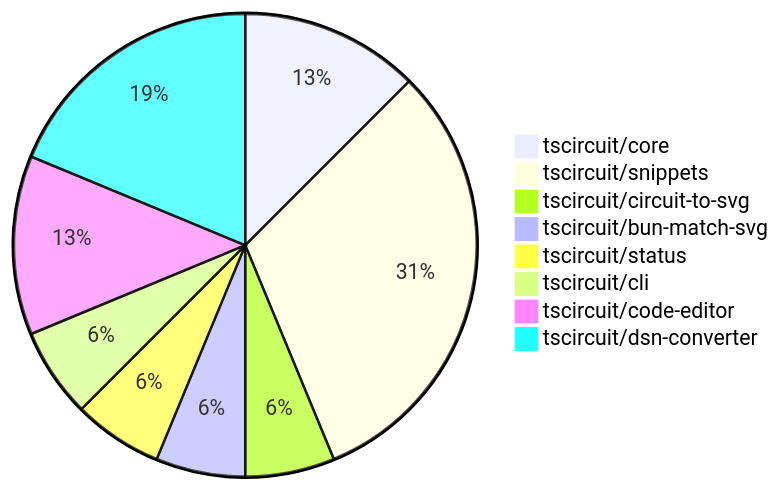
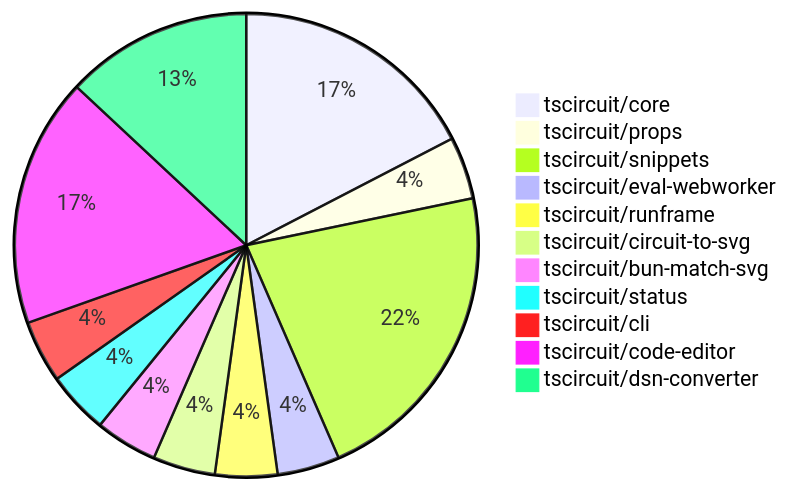
Before and after one commit to tscircuit/contribution-tracker: the diagram in README.md, drawn with Mermaid. The commit also changed other lines of this file and 2 other files, not shown here.

````diff
--- a/README.md
+++ b/README.md
@@ -24,11 +24,14 @@
 ```mermaid
 pie
-    "tscircuit/core" : 2
+    "tscircuit/core" : 4
+    "tscircuit/props" : 1
     "tscircuit/snippets" : 5
+    "tscircuit/eval-webworker" : 1
+    "tscircuit/runframe" : 1
     "tscircuit/circuit-to-svg" : 1
     "tscircuit/bun-match-svg" : 1
     "tscircuit/status" : 1
     "tscircuit/cli" : 1
-    "tscircuit/code-editor" : 2
+    "tscircuit/code-editor" : 4
     "tscircuit/dsn-converter" : 3
 ```
````
